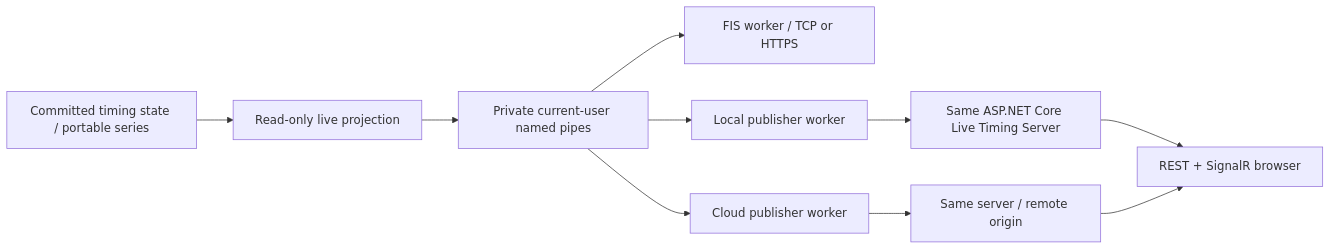
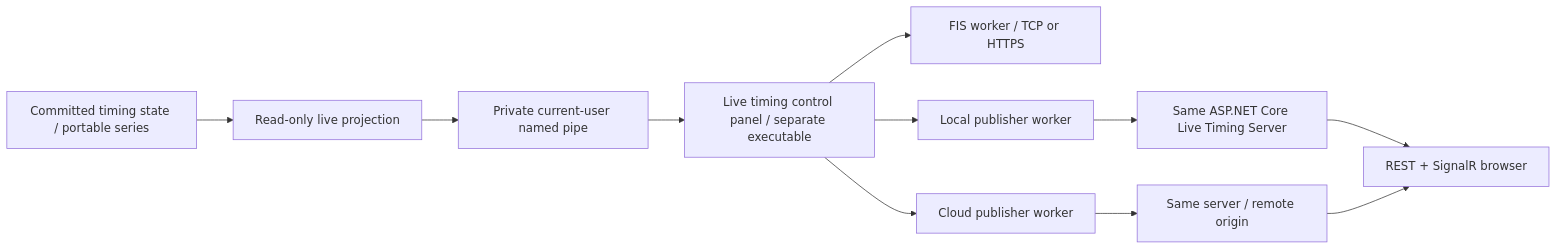
The diagram in docs/live-timing.md (tnakeli/OpenSkiTime), drawn with Mermaid before and after one commit. The commit also changed other lines of this file and 27 other files, not shown here.

Commit message:
Move live timing controls into a separate desktop application

````diff
--- a/docs/live-timing.md
+++ b/docs/live-timing.md
@@ -26,12 +30,13 @@
 ```mermaid
 flowchart LR
   Timing[Committed timing state / portable series] --> Projection[Read-only live projection]
-  Projection --> IPC[Private current-user named pipes]
-  IPC --> FIS[FIS worker / TCP or HTTPS]
-  IPC --> Local[Local publisher worker]
-  IPC --> Cloud[Cloud publisher worker]
+  Projection --> IPC[Private current-user named pipe]
+  IPC --> Panel[Live timing control panel / separate executable]
+  Panel --> FIS[FIS worker / TCP or HTTPS]
+  Panel --> Local[Local publisher worker]
+  Panel --> Cloud[Cloud publisher worker]
   Local --> Server[Same ASP.NET Core Live Timing Server]
   Cloud --> Remote[Same server / remote origin]
   Server --> Browser[REST + SignalR browser]
   Remote --> Browser
 ```
````
